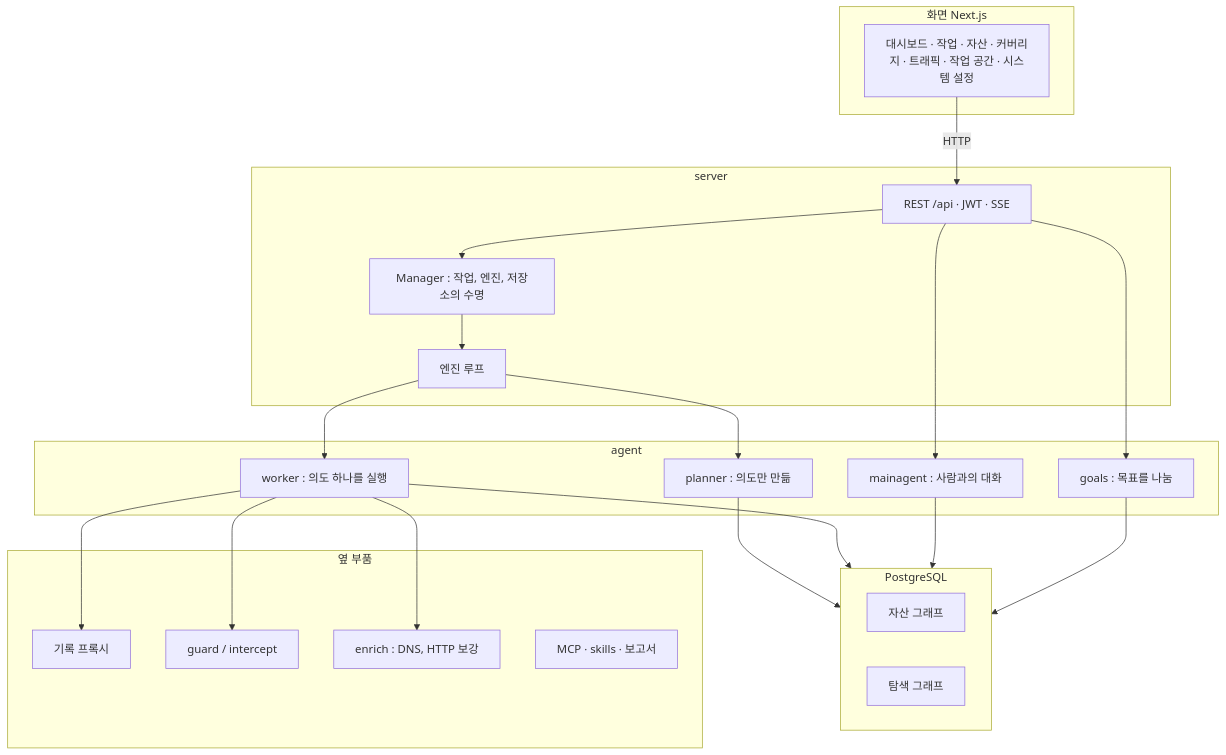
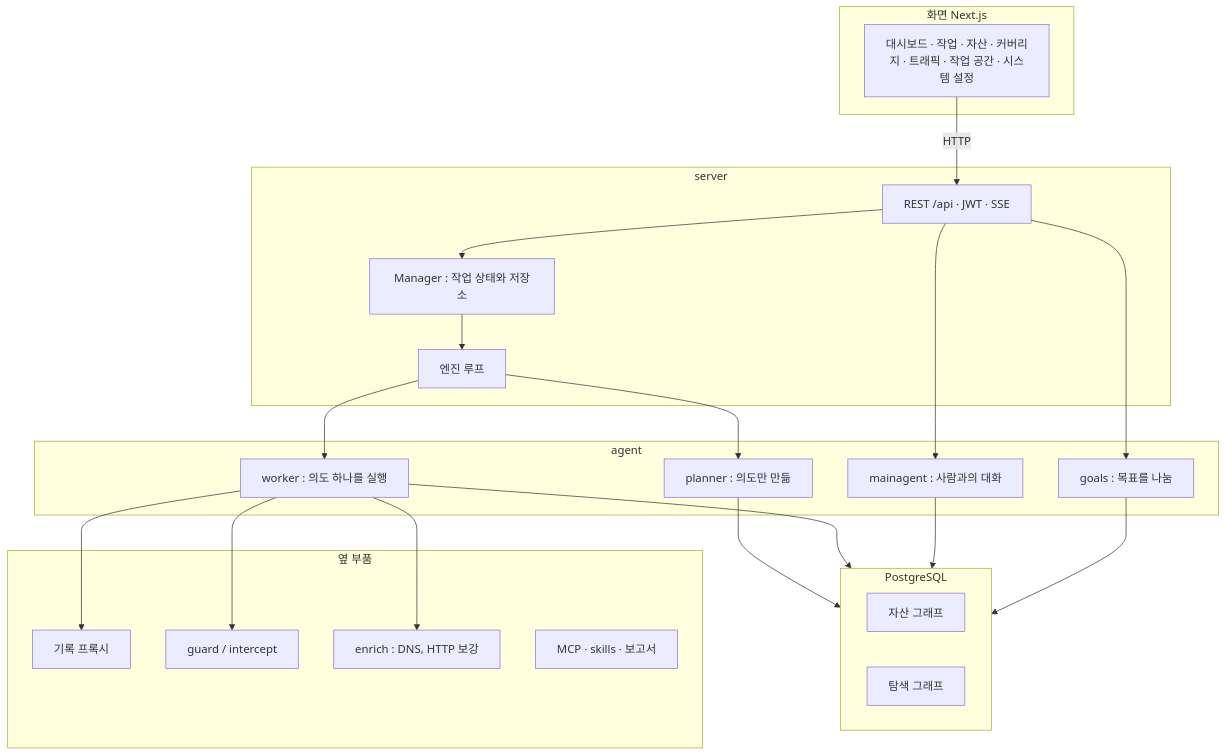
The third of 3 diagrams in README.md (kim0040/ARTEX), drawn with Mermaid before and after one commit. The commit also changed other lines of this file and 150 other files, not shown here.

````diff
--- a/README.md
+++ b/README.md
@@ -182,41 +186,41 @@
 ```mermaid
 flowchart TB
   subgraph FE["화면 Next.js"]
     UI["대시보드 · 작업 · 자산 · 커버리지 · 트래픽 · 작업 공간 · 시스템 설정"]
   end
   subgraph SRV["server"]
     API["REST /api · JWT · SSE"]
     ENG["엔진 루프"]
-    MGR["Manager : 작업, 엔진, 저장소의 수명"]
+    MGR["Manager : 작업 상태와 저장소"]
   end
   subgraph AG["agent"]
     GO["goals : 목표를 나눔"]
     PL["planner : 의도만 만듦"]
     WK["worker : 의도 하나를 실행"]
     MA["mainagent : 사람과의 대화"]
   end
   subgraph DB["PostgreSQL"]
     AGRAPH["자산 그래프"]
     EGRAPH["탐색 그래프"]
   end
   subgraph SUB["옆 부품"]
     PROXY["기록 프록시"]
     GUARD["guard / intercept"]
     ENR["enrich : DNS, HTTP 보강"]
     EXT["MCP · skills · 보고서"]
   end
 
   UI -->|HTTP| API
   API --> MGR --> ENG
   ENG --> PL
   ENG --> WK
   API --> MA
   API --> GO
   PL --> DB
   WK --> DB
   MA --> DB
   GO --> DB
   WK --> PROXY
   WK --> GUARD
   WK --> ENR
 ```
````
